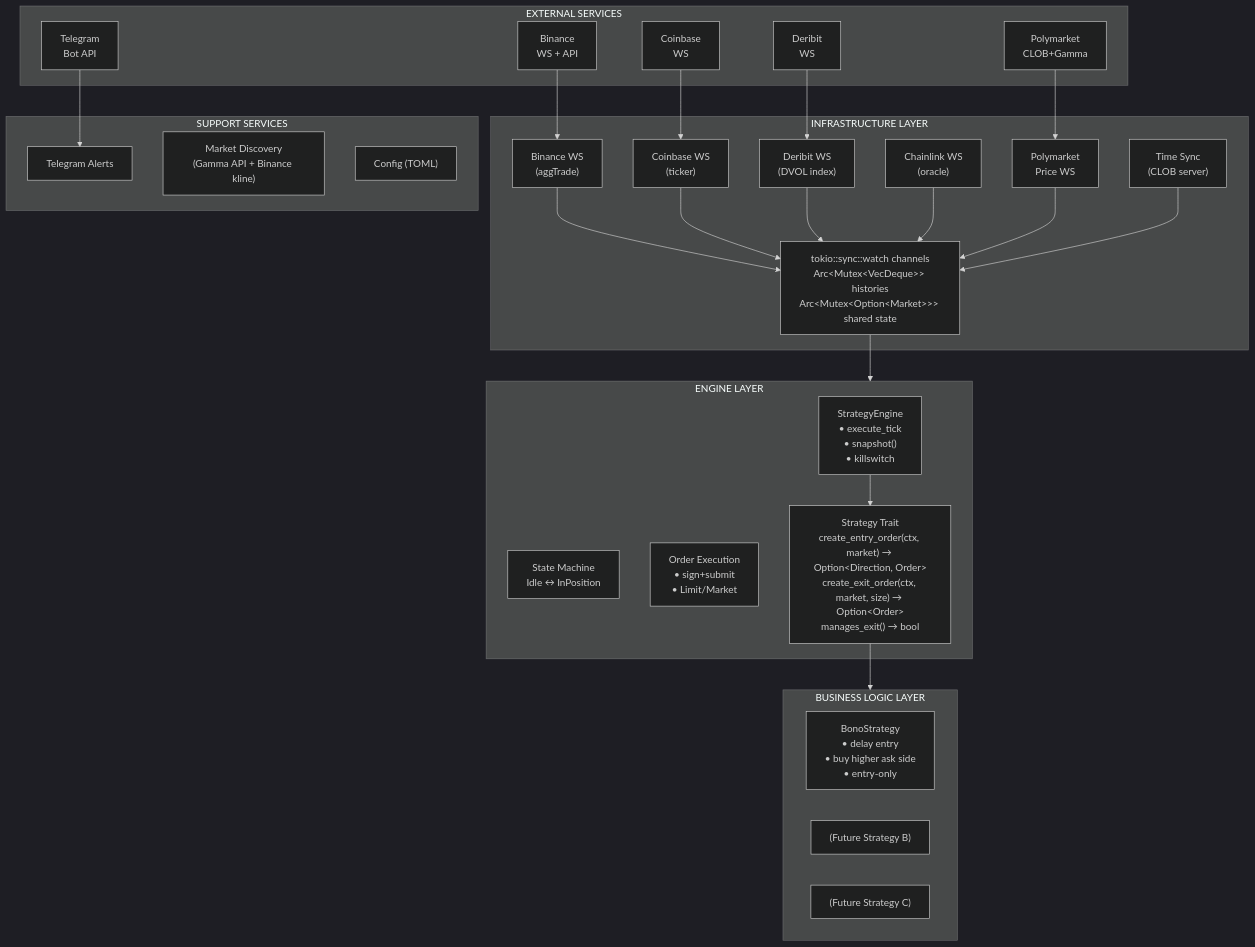
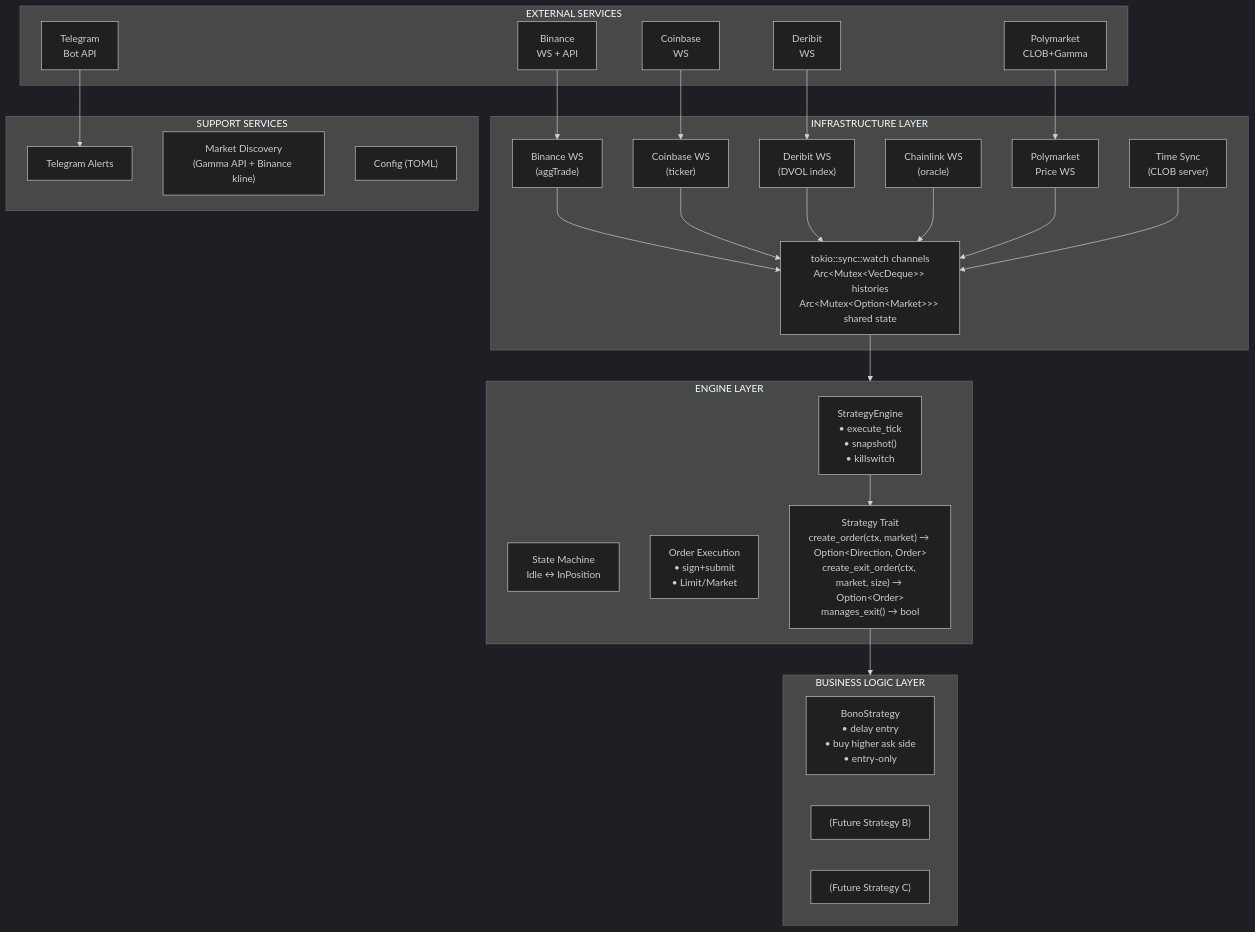
The first of 3 diagrams in docs/ARCHITECTURE.md (bbono/serekes), drawn with Mermaid (dark theme) before and after one commit. The commit also changed other lines of this file and 4 other files, not shown here.

First line of the commit message:
Rename create_entry_order/try_buy to create_order/try_order

````diff
--- a/docs/ARCHITECTURE.md
+++ b/docs/ARCHITECTURE.md
@@ -9,52 +9,52 @@
 ```mermaid
 graph TD
     subgraph INFRA["INFRASTRUCTURE LAYER"]
         BIN_WS["Binance WS<br/>(aggTrade)"]
         CB_WS["Coinbase WS<br/>(ticker)"]
         DER_WS["Deribit WS<br/>(DVOL index)"]
         CL_WS["Chainlink WS<br/>(oracle)"]
         PM_WS["Polymarket<br/>Price WS"]
         SYNC["Time Sync<br/>(CLOB server)"]
         CHANNELS["tokio::sync::watch channels<br/>Arc&lt;Mutex&lt;VecDeque&gt;&gt; histories<br/>Arc&lt;Mutex&lt;Option&lt;Market&gt;&gt;&gt; shared state"]
     end
 
     BIN_WS & CB_WS & DER_WS & CL_WS & PM_WS & SYNC --> CHANNELS
 
     subgraph ENGINE["ENGINE LAYER"]
         SE["StrategyEngine<br/>• execute_tick<br/>• snapshot()<br/>• killswitch"]
         SM["State Machine<br/>Idle ↔ InPosition"]
         OE["Order Execution<br/>• sign+submit<br/>• Limit/Market"]
-        TRAIT["Strategy Trait<br/>create_entry_order(ctx, market) → Option&lt;Direction, Order&gt;<br/>create_exit_order(ctx, market, size) → Option&lt;Order&gt;<br/>manages_exit() → bool"]
+        TRAIT["Strategy Trait<br/>create_order(ctx, market) → Option&lt;Direction, Order&gt;<br/>create_exit_order(ctx, market, size) → Option&lt;Order&gt;<br/>manages_exit() → bool"]
         SE --> TRAIT
     end
 
     CHANNELS --> ENGINE
 
     subgraph BIZ["BUSINESS LOGIC LAYER"]
         BONO["BonoStrategy<br/>• delay entry<br/>• buy higher ask side<br/>• entry-only"]
         FUTB["(Future Strategy B)"]
         FUTC["(Future Strategy C)"]
     end
 
     TRAIT --> BIZ
 
     subgraph SUPPORT["SUPPORT SERVICES"]
         TG["Telegram Alerts"]
         MD["Market Discovery<br/>(Gamma API + Binance kline)"]
         CFG["Config (TOML)"]
     end
 
     subgraph EXT["EXTERNAL SERVICES"]
         E_BIN["Binance<br/>WS + API"]
         E_CB["Coinbase<br/>WS"]
         E_DER["Deribit<br/>WS"]
         E_PM["Polymarket<br/>CLOB+Gamma"]
         E_TG["Telegram<br/>Bot API"]
     end
 
     E_BIN --> BIN_WS
     E_CB --> CB_WS
     E_DER --> DER_WS
     E_PM --> PM_WS
     E_TG --> TG
 ```
````
